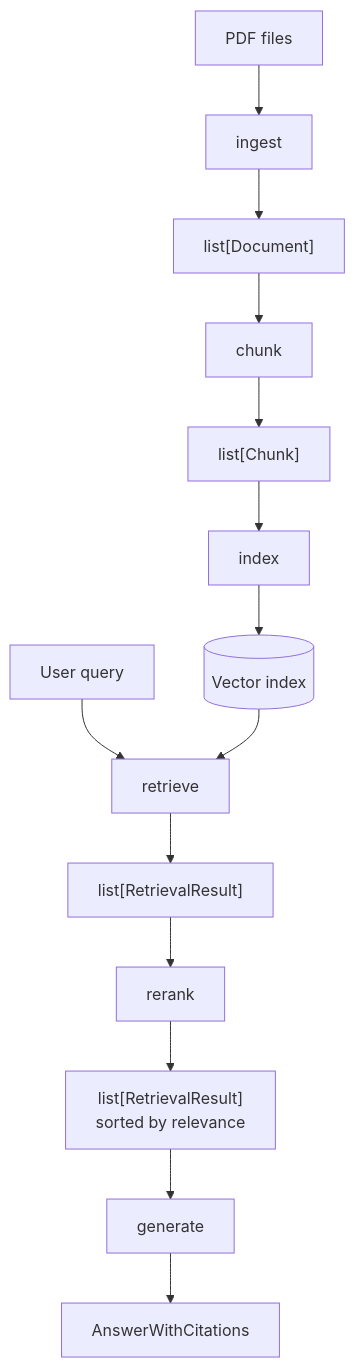
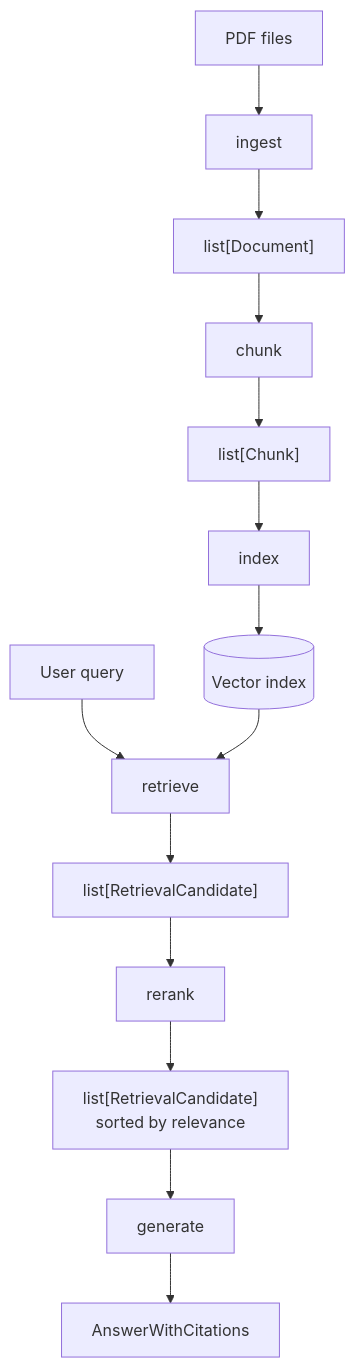
One commit to Mustafa777Xo/doc-grounded-rag changed the first of 2 diagrams in docs/architecture.md. Above: the diagram before and after it, drawn with Mermaid. The commit also changed other lines of this file and 15 other files, not shown here.

````diff
--- a/docs/architecture.md
+++ b/docs/architecture.md
@@ -9,31 +9,31 @@
 ```mermaid
 
 flowchart TD
 
     A["PDF files"] --> B["ingest"]
 
     B --> C["list[Document]"]
 
     C --> D["chunk"]
 
     D --> E["list[Chunk]"]
 
     E --> F["index"]
 
     F --> G[("Vector index")]
 
     H["User query"] --> I["retrieve"]
 
     G --> I
 
-    I --> J["list[RetrievalResult]"]
+    I --> J["list[RetrievalCandidate]"]
 
     J --> K["rerank"]
 
-    K --> L["list[RetrievalResult]<br/>sorted by relevance"]
+    K --> L["list[RetrievalCandidate]<br/>sorted by relevance"]
 
     L --> M["generate"]
 
     M --> N["AnswerWithCitations"]
 
 ```
````
